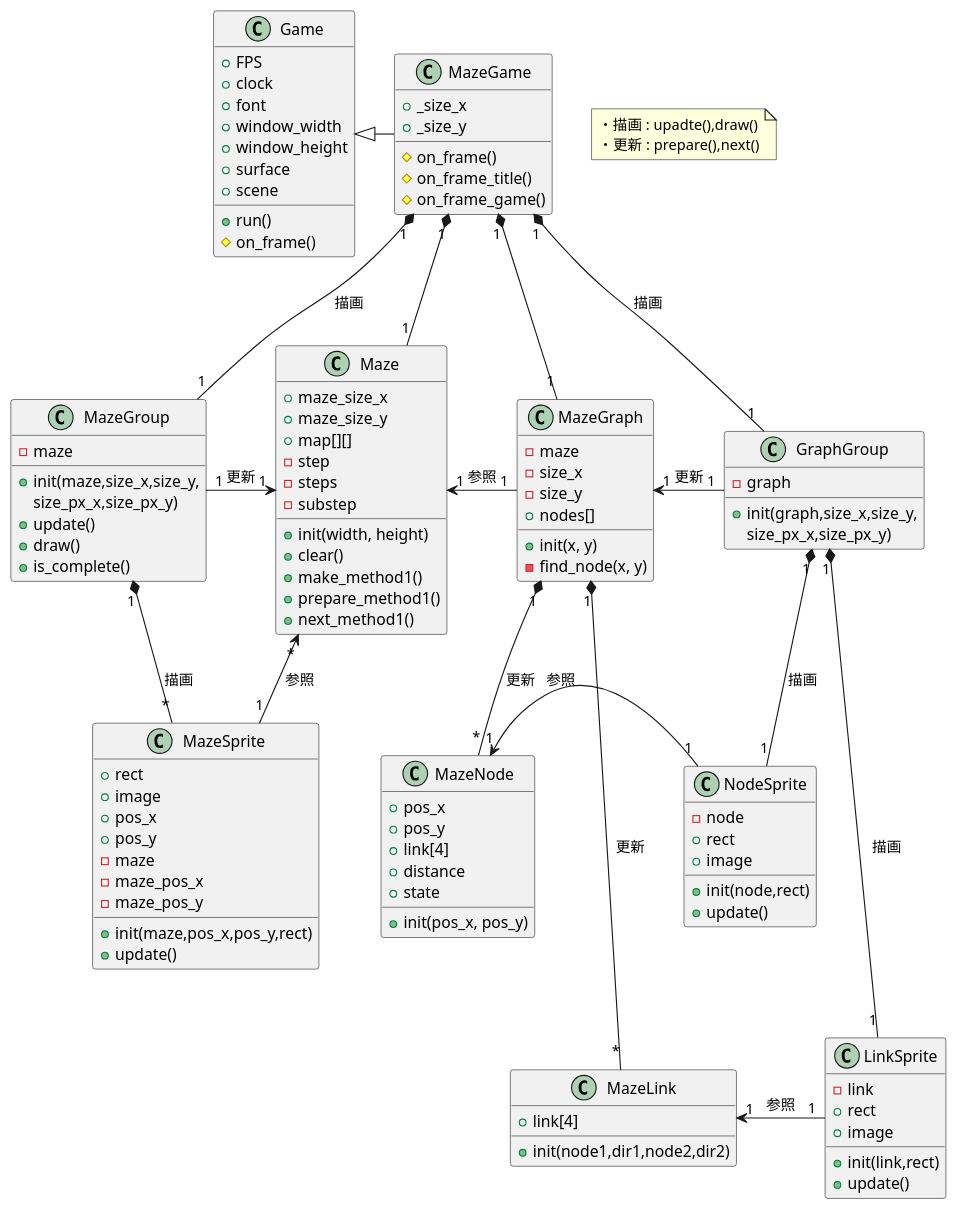
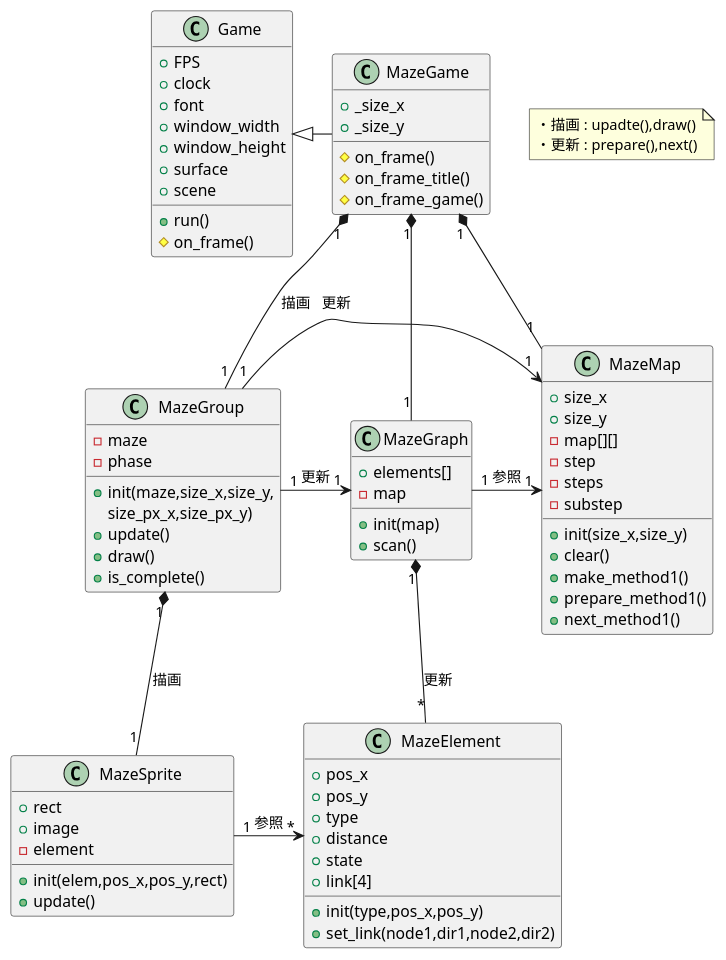
Before and after one commit to ooishiisao/pygame_game: the diagram in maze/maze.md, drawn with PlantUML. The commit also changed 1 other file, not shown here.

Commit message:
やり方変更

````diff
--- a/maze/maze.md
+++ b/maze/maze.md
@@ -26,24 +26,45 @@
     # on_frame_game()
 }
 
-class Maze
+class MazeMap
 {
-    + maze_size_x
-    + maze_size_y
-    + map[][]
+    + size_x
+    + size_y
+    - map[][]
     - step
     - steps
     - substep
-    + init(width, height)
+    + init(size_x,size_y)
     + clear()
     + make_method1()
     + prepare_method1()
     + next_method1()
 }
 
+class MazeGraph
+{
+    + elements[]
+    - map
+    + init(map)
+    + scan()
+}
+
+class MazeElement
+{
+    + pos_x
+    + pos_y
+    + type
+    + distance
+    + state
+    + link[4]
+    + init(type,pos_x,pos_y)
+    + set_link(node1,dir1,node2,dir2)
+}
+
 class MazeGroup
 {
     - maze
+    - phase
     + init(maze,size_x,size_y,
             size_px_x,size_px_y)
     + update()
@@ -55,92 +76,36 @@
 {
     + rect
     + image
-    + pos_x
-    + pos_y
-    - maze
-    - maze_pos_x
-    - maze_pos_y
-    + init(maze,pos_x,pos_y,rect)
+    - element
+    + init(elem,pos_x,pos_y,rect)
     + update()
 }
 
-class MazeGraph
-{
-    - maze
-    - size_x
-    - size_y
-    + nodes[]
+Game <|- MazeGame
+MazeGame   "1" *-- "1" MazeMap
+MazeGame   "1" *-- "1" MazeGraph
+MazeGame   "1" *-- "1" MazeGroup   : 描画
 
-    + init(x, y)
-    - find_node(x, y)
-}
+MazeGraph  "1" ->  "1"  MazeMap    : 参照
+MazeGraph  "1" *-- "*" MazeElement : 更新
 
-class MazeNode
-{
-    + pos_x
-    + pos_y
-    + link[4]
-    + distance
-    + state
-    + init(pos_x, pos_y)
-}
+MazeGroup  "1" ->  "1" MazeMap     : 更新
+MazeGroup  "1" ->  "1" MazeGraph   : 更新
+MazeGroup  "1" *-- "1" MazeSprite  : 描画
 
-class MazeLink
-{
-    + link[4]
-    + init(node1,dir1,node2,dir2)
-}
-
-class GraphGroup
-{
-    - graph
-    + init(graph,size_x,size_y,
-            size_px_x,size_px_y)
-}
-
-class NodeSprite
-{
-    - node
-    + rect
-    + image
-    + init(node,rect)
-    + update()
-}
-
-class LinkSprite
-{
-    - link
-    + rect
-    + image
-    + init(link,rect)
-    + update()
-}
+MazeSprite "1" ->  "*" MazeElement : 参照
 
 
-Game <|- MazeGame
-MazeGame    "1"  *-   "1" Maze
-MazeGame    "1"  *--  "1" MazeGroup   : 描画
-MazeGame    "1"  *--  "1" MazeGraph
-MazeGame    "1"  *--  "1" GraphGroup  : 描画
-
-MazeGroup   "1"  ->   "1" Maze        : 更新
-MazeGroup   "1"  *--  "*" MazeSprite  : 描画
-Maze        "*"  <--  "1" MazeSprite  : 参照
-
-Maze        "1"  <-   "1" MazeGraph   : 参照
-MazeGraph   "1"  <-   "1" GraphGroup  : 更新
-MazeGraph   "1"  *--  "*" MazeNode    : 更新
-MazeGraph   "1"  *--- "*" MazeLink    : 更新
-
-GraphGroup  "1"  *--  "1" NodeSprite  : 描画
-GraphGroup  "1"  *--- "1" LinkSprite  : 描画
-MazeNode    "1"  <-    "1" NodeSprite : 参照
-MazeLink    "1"  <-    "1" LinkSprite : 参照
 
 note as a
 ・描画 : upadte(),draw()
 ・更新 : prepare(),next()
 end note
+
+hide LinkSprite
+hide GraphGroup
+
 @enduml
 
+
 ```
````
